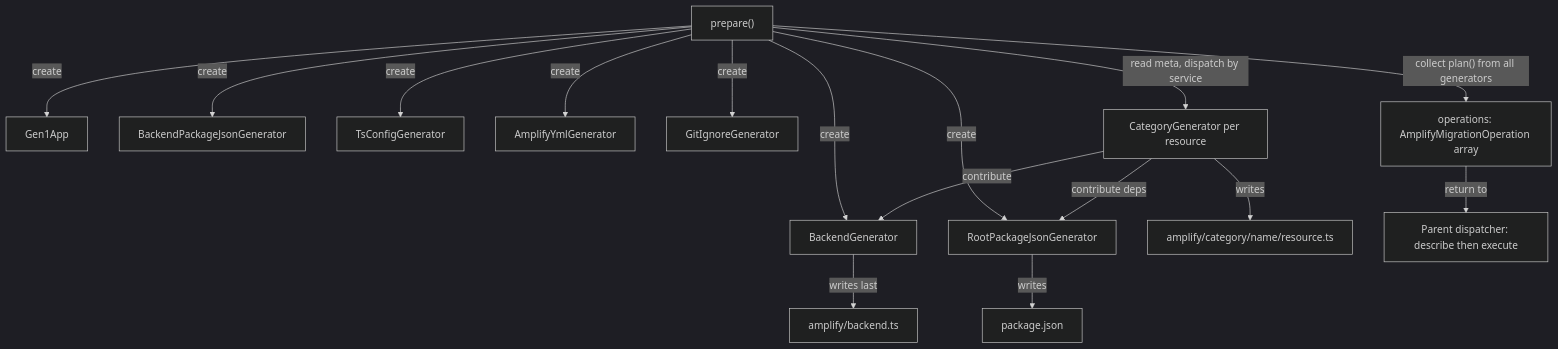
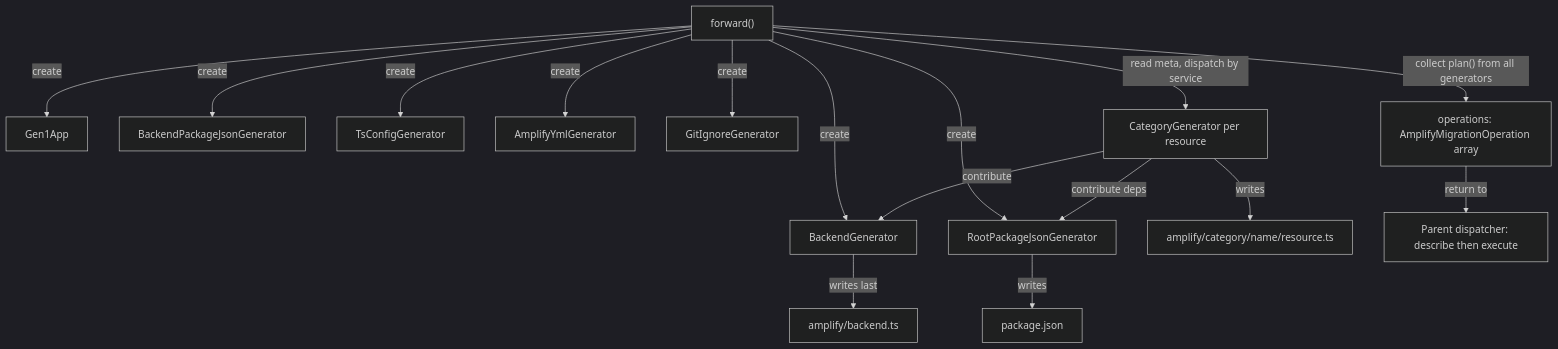
One commit to aws-amplify/amplify-cli changed the diagram in docs/packages/amplify-cli/src/commands/gen2-migration/generate.md. Above: the diagram before and after it, drawn with Mermaid (dark theme). The commit also changed other lines of this file and 6 other files, not shown here.

````diff
--- a/docs/packages/amplify-cli/src/commands/gen2-migration/generate.md
+++ b/docs/packages/amplify-cli/src/commands/gen2-migration/generate.md
@@ -150,22 +165,22 @@
 ```mermaid
 flowchart TD
-    STEP["prepare()"] -->|create| G1[Gen1App]
+    STEP["forward()"] -->|create| G1[Gen1App]
     STEP -->|create| BG[BackendGenerator]
     STEP -->|create| PKG[RootPackageJsonGenerator]
     STEP -->|create| BPKG[BackendPackageJsonGenerator]
     STEP -->|create| TSC[TsConfigGenerator]
     STEP -->|create| YML[AmplifyYmlGenerator]
     STEP -->|create| GIT[GitIgnoreGenerator]
 
     STEP -->|read meta, dispatch by service| CAT["CategoryGenerator per resource"]
 
     CAT -->|writes| RES["amplify/category/name/resource.ts"]
     CAT -->|contribute| BG
     CAT -->|contribute deps| PKG
 
     BG -->|writes last| BACK["amplify/backend.ts"]
     PKG -->|writes| PKGF["package.json"]
 
     STEP -->|"collect plan() from all generators"| OPS["operations: AmplifyMigrationOperation array"]
     OPS -->|return to| DISP["Parent dispatcher: describe then execute"]
 ```
````
